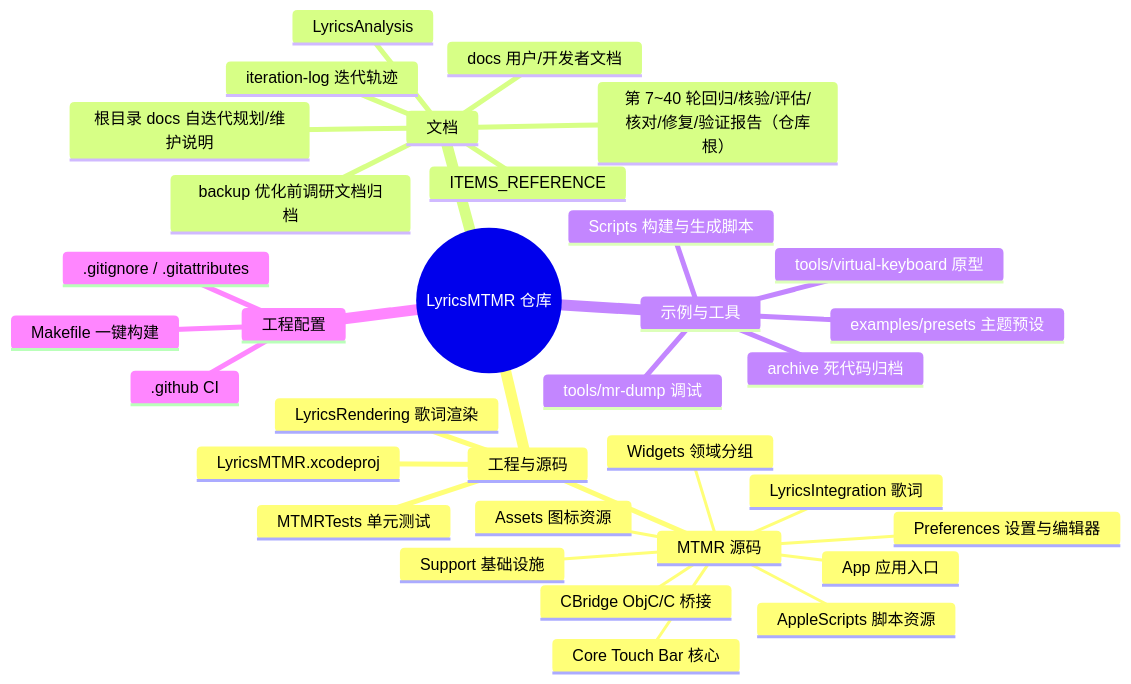
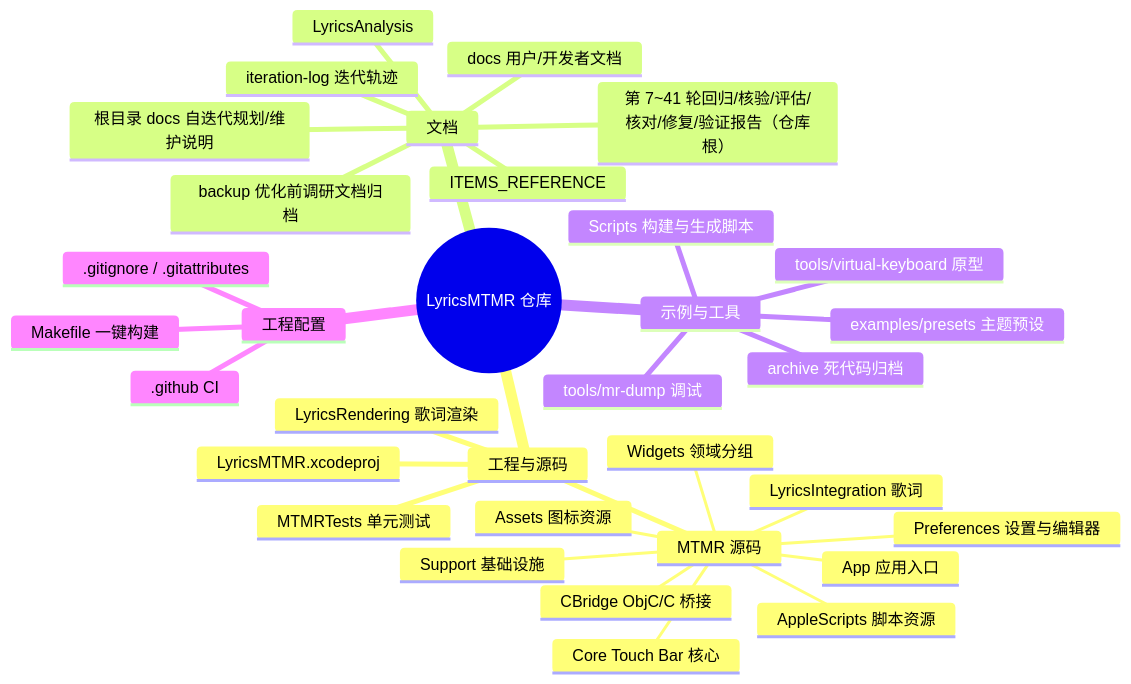
Before and after one commit to Tangzishun-Li/LyricsMTMR: the first of 2 diagrams in LyricsMTMR/docs/file-structure.zh.md, drawn with Mermaid. The commit also changed other lines of this file and 3 other files, not shown here.

````diff
--- a/LyricsMTMR/docs/file-structure.zh.md
+++ b/LyricsMTMR/docs/file-structure.zh.md
@@ -10,36 +10,36 @@
 ```mermaid
 mindmap
   root((LyricsMTMR 仓库))
     工程与源码
       LyricsMTMR.xcodeproj
       MTMR 源码
         App 应用入口
         Core Touch Bar 核心
         Support 基础设施
         Widgets 领域分组
         Preferences 设置与编辑器
         LyricsIntegration 歌词
         CBridge ObjC/C 桥接
         AppleScripts 脚本资源
         Assets 图标资源
       LyricsRendering 歌词渲染
       MTMRTests 单元测试
     文档
       docs 用户/开发者文档
       ITEMS_REFERENCE
       LyricsAnalysis
       backup 优化前调研文档归档
       iteration-log 迭代轨迹
       根目录 docs 自迭代规划/维护说明
-      第 7~40 轮回归/核验/评估/核对/修复/验证报告（仓库根）
+      第 7~41 轮回归/核验/评估/核对/修复/验证报告（仓库根）
     示例与工具
       examples/presets 主题预设
       tools/mr-dump 调试
       tools/virtual-keyboard 原型
       Scripts 构建与生成脚本
       archive 死代码归档
     工程配置
       .github CI
       .gitignore / .gitattributes
       Makefile 一键构建
 ```
````
